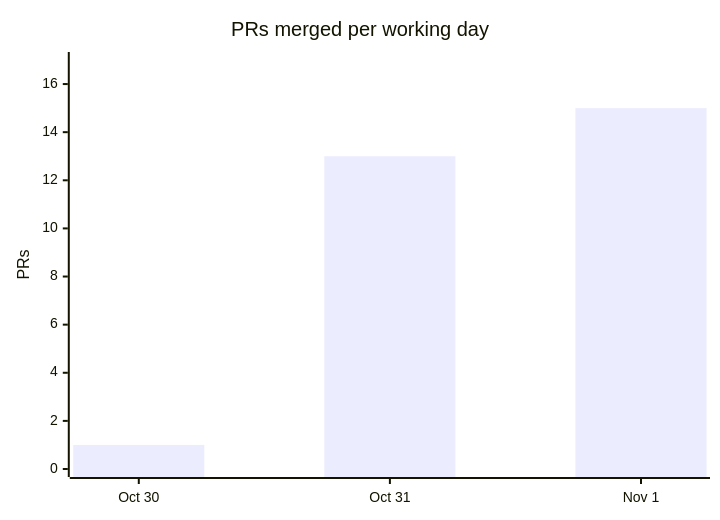
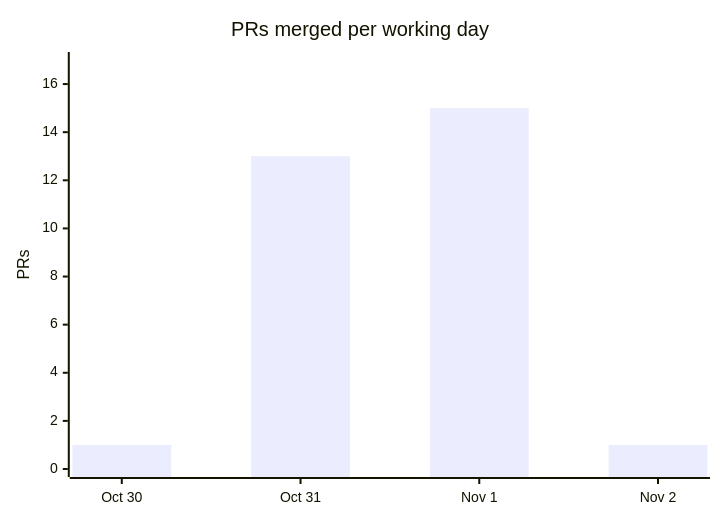
Before and after one commit to cmprssd/nfsh: the fourth of 4 diagrams in docs/OVERVIEW.md, drawn with Mermaid. The commit also changed other lines of this file and 11 other files, not shown here.

````diff
--- a/docs/OVERVIEW.md
+++ b/docs/OVERVIEW.md
@@ -139,7 +139,7 @@
 ```mermaid
 xychart-beta
     title "PRs merged per working day"
-    x-axis ["Oct 30", "Oct 31", "Nov 1"]
+    x-axis ["Oct 30", "Oct 31", "Nov 1", "Nov 2"]
     y-axis "PRs" 0 --> 17
-    bar [1, 13, 15]
+    bar [1, 13, 15, 1]
 ```
````
